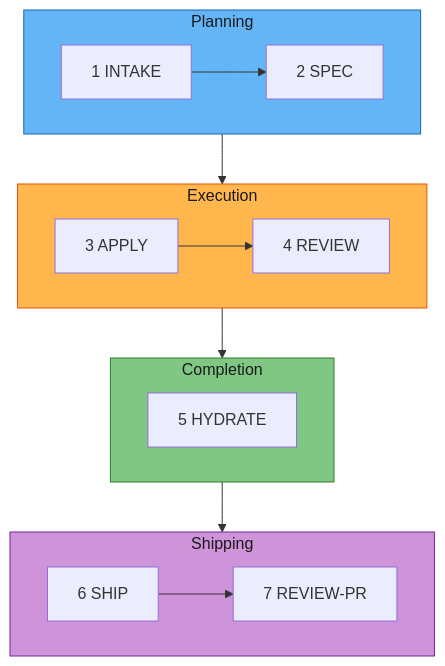
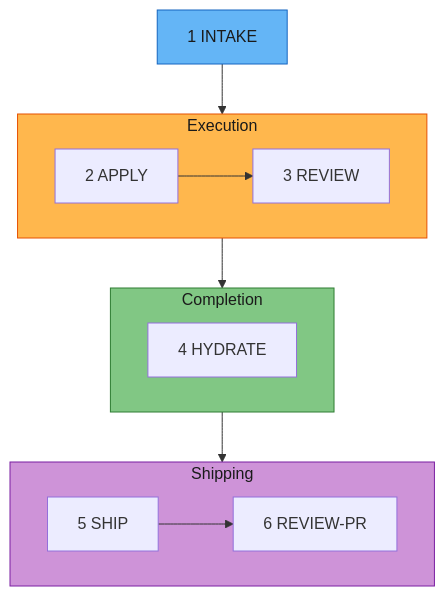
Before and after one commit to sahil87/fab-kit: the first of 2 diagrams in README.md, drawn with Mermaid. The commit also changed other lines of this file and 8 other files, not shown here.

````diff
--- a/README.md
+++ b/README.md
@@ -19,28 +19,25 @@
 ```mermaid
 flowchart TD
-    subgraph planning ["Planning"]
-        direction LR
-        B["1 INTAKE"] --> S["2 SPEC"]
-    end
+    B["1 INTAKE"]
     subgraph execution ["Execution"]
         direction LR
-        A["3 APPLY"] --> V["4 REVIEW"]
+        A["2 APPLY"] --> V["3 REVIEW"]
     end
     subgraph completion ["Completion"]
         direction LR
-        AR["5 HYDRATE"]
+        AR["4 HYDRATE"]
     end
     subgraph shipping ["Shipping"]
         direction LR
-        SH["6 SHIP"] --> RPR["7 REVIEW-PR"]
+        SH["5 SHIP"] --> RPR["6 REVIEW-PR"]
     end
 
-    S --> A
+    B --> A
     V --> AR
     AR --> SH
 
-    style planning fill:#64b5f6,stroke:#1565C0,color:#1a1a1a
+    style B fill:#64b5f6,stroke:#1565C0,color:#1a1a1a
     style execution fill:#ffb74d,stroke:#E65100,color:#1a1a1a
     style completion fill:#81c784,stroke:#2E7D32,color:#1a1a1a
     style shipping fill:#ce93d8,stroke:#7B1FA2,color:#1a1a1a
 ```
````
